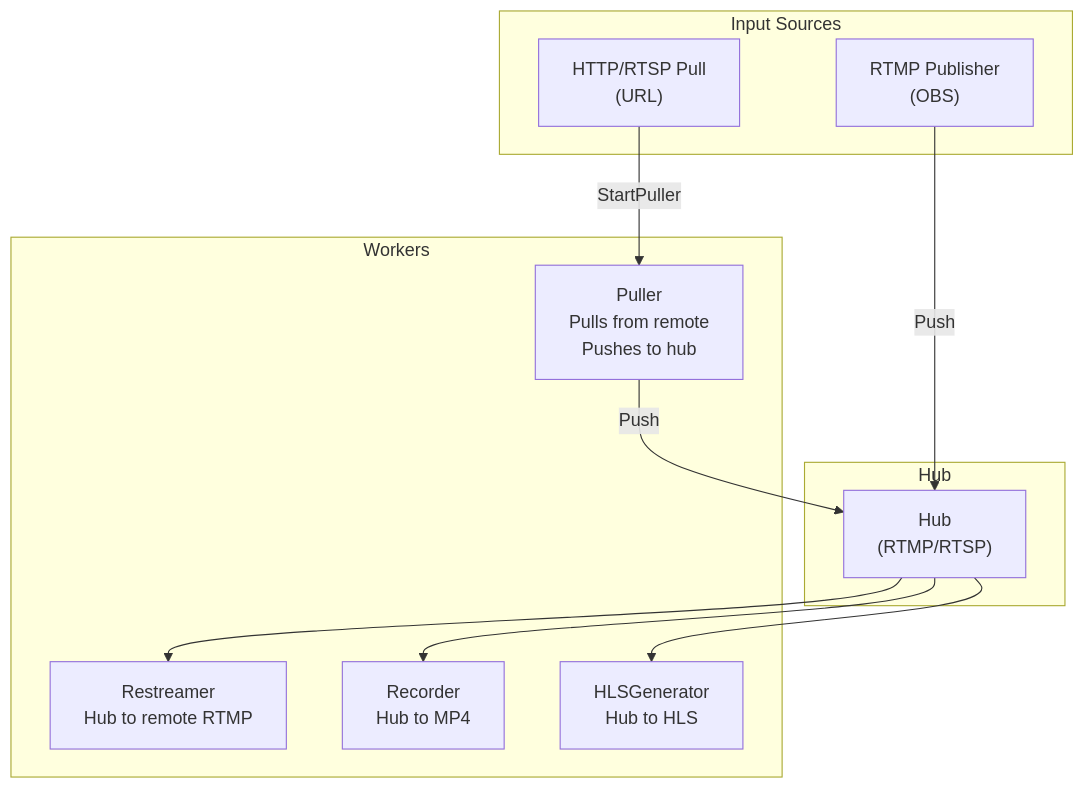
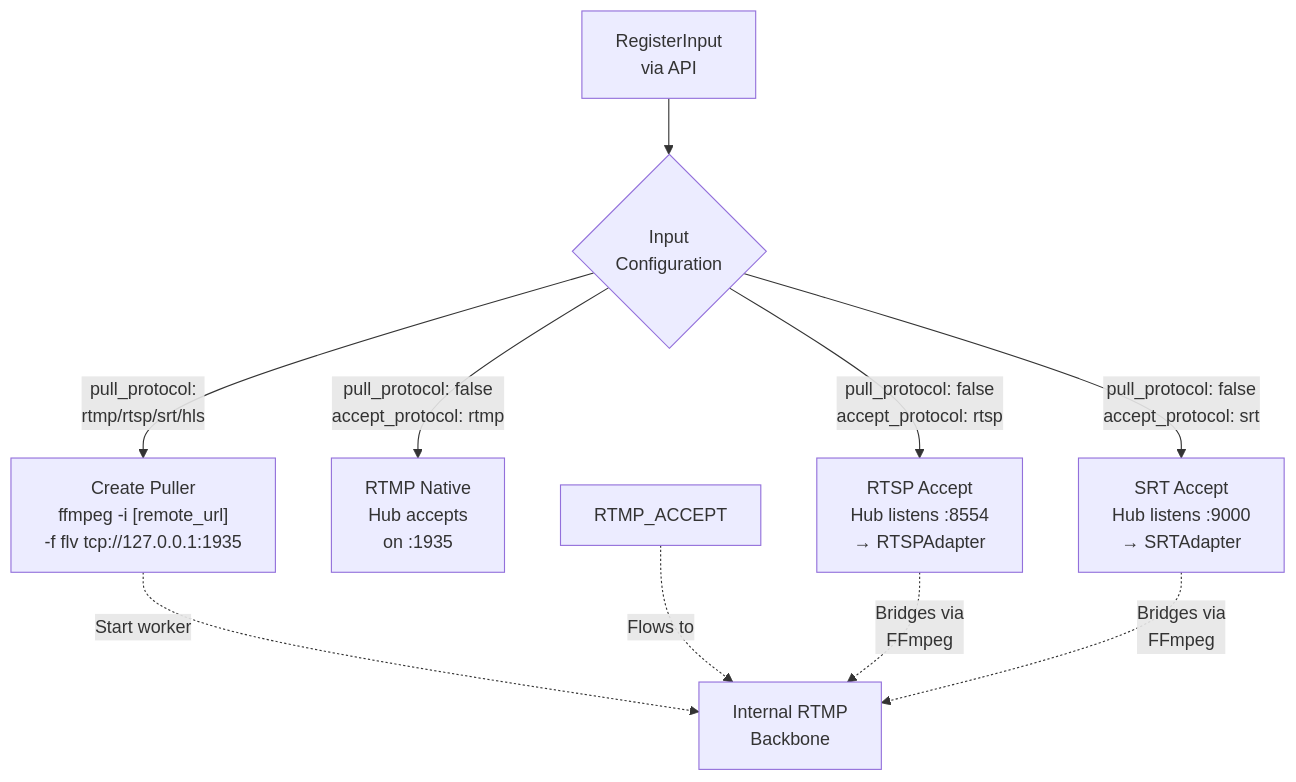
The tenth of 13 diagrams in docs/architecture.md (krsna1729/go-mls), drawn with Mermaid before and after one commit. The commit also changed other lines of this file and 2 other files, not shown here.

````diff
--- a/docs/architecture.md
+++ b/docs/architecture.md
@@ -148,25 +393,16 @@
 ```mermaid
 flowchart TB
-    subgraph ingest["Input Sources"]
-        A1["RTMP Publisher<br/>(OBS)"]
-        A2["HTTP/RTSP Pull<br/>(URL)"]
-    end
+    INPUT["RegisterInput<br/>via API"]
     
-    subgraph hub["Hub"]
-        B["Hub<br/>(RTMP/RTSP)"]
-    end
+    INPUT --> DECISION{"Input<br/>Configuration"}
     
-    subgraph workers["Workers"]
-        C1["Puller<br/>Pulls from remote<br/>Pushes to hub"]
-        C2["Restreamer<br/>Hub to remote RTMP"]
-        C3["Recorder<br/>Hub to MP4"]
-        C4["HLSGenerator<br/>Hub to HLS"]
-    end
+    DECISION -->|pull_protocol:<br/>rtmp/rtsp/srt/hls| PULLER_CREATE["Create Puller<br/>ffmpeg -i [remote_url]<br/>-f flv tcp://127.0.0.1:1935"]
+    DECISION -->|pull_protocol: false<br/>accept_protocol: rtmp| RTMP_MODE["RTMP Native<br/>Hub accepts<br/>on :1935"]
+    DECISION -->|pull_protocol: false<br/>accept_protocol: rtsp| RTSP_ACCEPT["RTSP Accept<br/>Hub listens :8554<br/>→ RTSPAdapter"]
+    DECISION -->|pull_protocol: false<br/>accept_protocol: srt| SRT_ACCEPT["SRT Accept<br/>Hub listens :9000<br/>→ SRTAdapter"]
     
-    A1 -->|Push| B
-    A2 -->|StartPuller| C1
-    C1 -->|Push| B
-    B --> C2
-    B --> C3
-    B --> C4
+    PULLER_CREATE -.->|Start worker| BACKBONE["Internal RTMP<br/>Backbone"]
+    RTMP_ACCEPT -.->|Flows to| BACKBONE
+    RTSP_ACCEPT -.->|Bridges via<br/>FFmpeg| BACKBONE
+    SRT_ACCEPT -.->|Bridges via<br/>FFmpeg| BACKBONE
 ```
````
